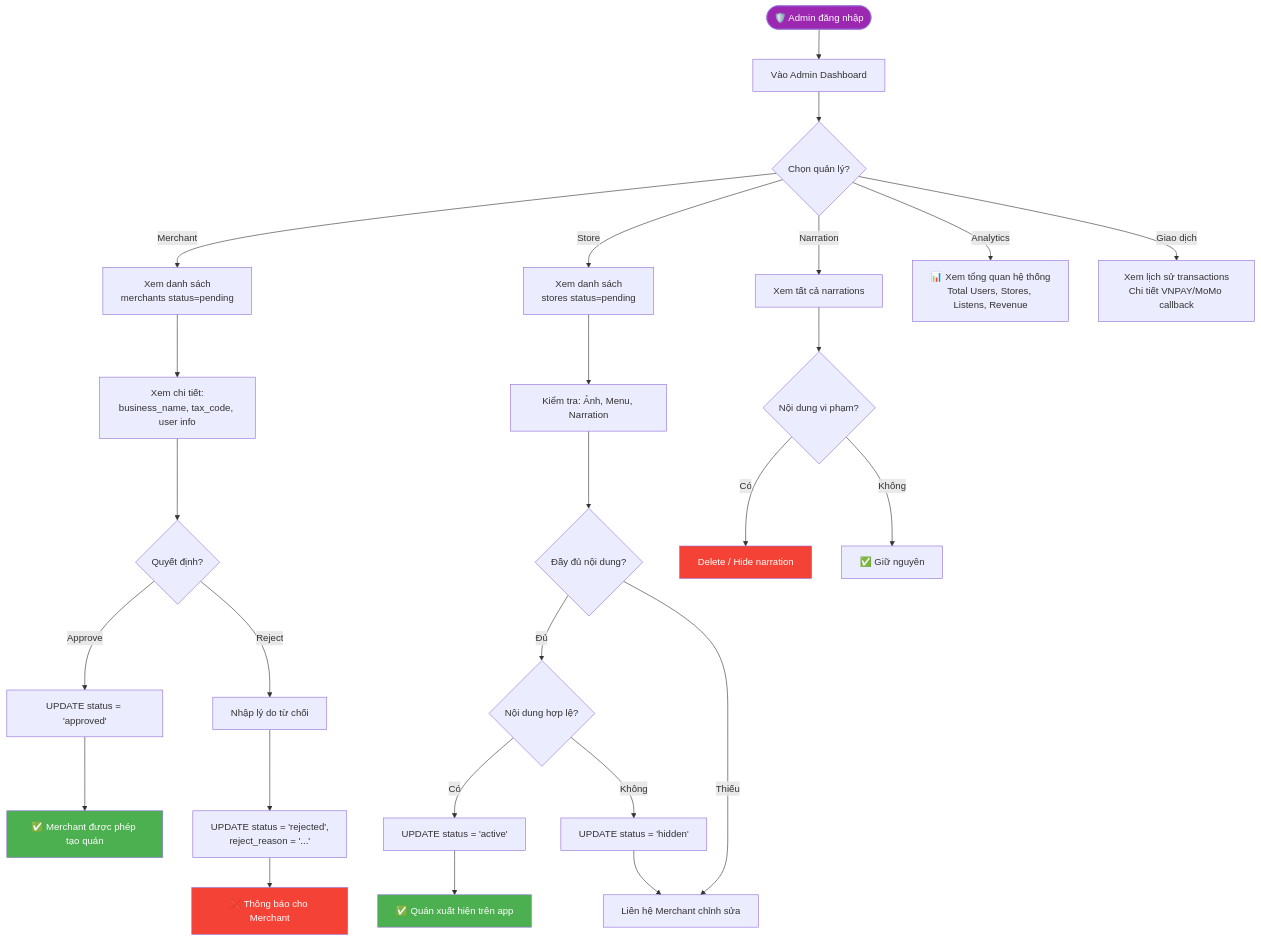
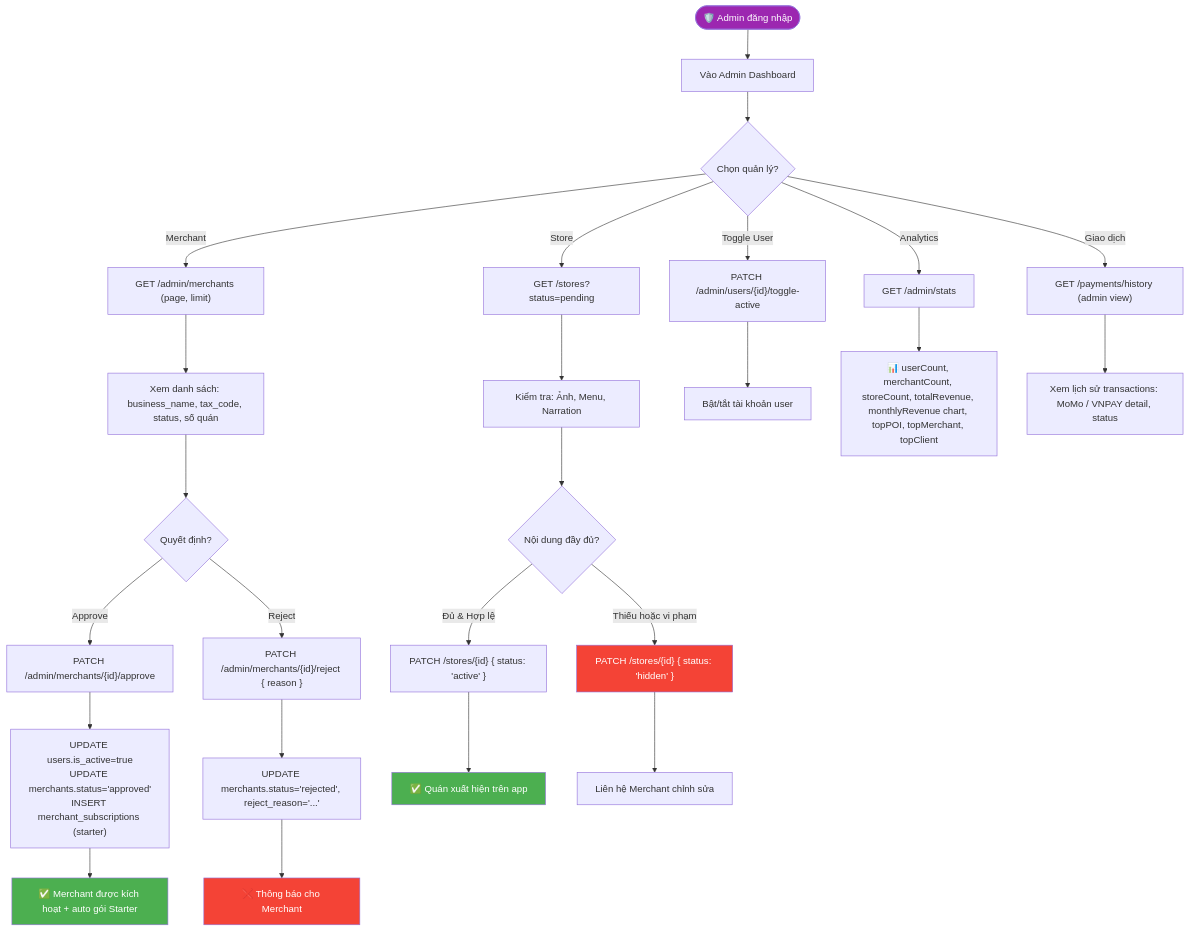
Diagram 11 of 13 in docs/diagrams.md (thankhanh/Seminar_sgu), drawn with Mermaid before and after one commit. The commit also changed other lines of this file, not shown here.

First line of the commit message:
Update diagrams.md

````diff
--- a/docs/diagrams.md
+++ b/docs/diagrams.md
@@ -501,43 +613,42 @@
 ```mermaid
 flowchart TD
     A([🛡️ Admin đăng nhập]) --> B[Vào Admin Dashboard]
     B --> C{Chọn quản lý?}
-    
-    C -->|Merchant| D[Xem danh sách<br/>merchants status=pending]
-    D --> E[Xem chi tiết:<br/>business_name, tax_code, user info]
+
+    C -->|Merchant| D["GET /admin/merchants (page, limit)"]
+    D --> E[Xem danh sách: business_name, tax_code, status, số quán]
     E --> F{Quyết định?}
-    
-    F -->|Approve| G["UPDATE status = 'approved'"]
-    G --> H[✅ Merchant được phép tạo quán]
-    
-    F -->|Reject| I[Nhập lý do từ chối]
-    I --> J["UPDATE status = 'rejected',<br/>reject_reason = '...'"]
-    J --> K[❌ Thông báo cho Merchant]
-    
-    C -->|Store| L[Xem danh sách<br/>stores status=pending]
-    L --> M[Kiểm tra: Ảnh, Menu, Narration]
-    M --> N{Đầy đủ nội dung?}
-    
-    N -->|Đủ| O{Nội dung hợp lệ?}
-    O -->|Có| P["UPDATE status = 'active'"]
+
+    F -->|Approve| G["PATCH /admin/merchants/{id}/approve"]
+    G --> H["UPDATE users.is_active=true\nUPDATE merchants.status='approved'\nINSERT merchant_subscriptions (starter)"]
+    H --> I[✅ Merchant được kích hoạt + auto gói Starter]
+
+    F -->|Reject| J["PATCH /admin/merchants/{id}/reject { reason }"]
+    J --> K["UPDATE merchants.status='rejected', reject_reason='...'"]
+    K --> L[❌ Thông báo cho Merchant]
+
+    C -->|Store| M["GET /stores?status=pending"]
+    M --> N[Kiểm tra: Ảnh, Menu, Narration]
+    N --> O{Nội dung đầy đủ?}
+
+    O -->|Đủ & Hợp lệ| P["PATCH /stores/{id} { status: 'active' }"]
     P --> Q[✅ Quán xuất hiện trên app]
-    O -->|Không| R["UPDATE status = 'hidden'"]
+
+    O -->|Thiếu hoặc vi phạm| R["PATCH /stores/{id} { status: 'hidden' }"]
     R --> S[Liên hệ Merchant chỉnh sửa]
-    
-    N -->|Thiếu| S
-    
-    C -->|Narration| T[Xem tất cả narrations]
-    T --> U{Nội dung vi phạm?}
-    U -->|Có| V[Delete / Hide narration]
-    U -->|Không| W[✅ Giữ nguyên]
-    
-    C -->|Analytics| X[📊 Xem tổng quan hệ thống<br/>Total Users, Stores, Listens, Revenue]
-    
-    C -->|Giao dịch| Y[Xem lịch sử transactions<br/>Chi tiết VNPAY/MoMo callback]
+
+    C -->|Toggle User| T["PATCH /admin/users/{id}/toggle-active"]
+    T --> U[Bật/tắt tài khoản user]
+
+    C -->|Analytics| V["GET /admin/stats"]
+    V --> W[📊 userCount, merchantCount, storeCount, totalRevenue, monthlyRevenue chart, topPOI, topMerchant, topClient]
+
+    C -->|Giao dịch| X["GET /payments/history (admin view)"]
+    X --> Y[Xem lịch sử transactions: MoMo / VNPAY detail, status]
 
     style A fill:#9C27B0,color:#fff
     style Q fill:#4CAF50,color:#fff
-    style H fill:#4CAF50,color:#fff
-    style K fill:#f44336,color:#fff
-    style V fill:#f44336,color:#fff
+    style I fill:#4CAF50,color:#fff
+    style L fill:#f44336,color:#fff
+    style R fill:#f44336,color:#fff
 ```
````
